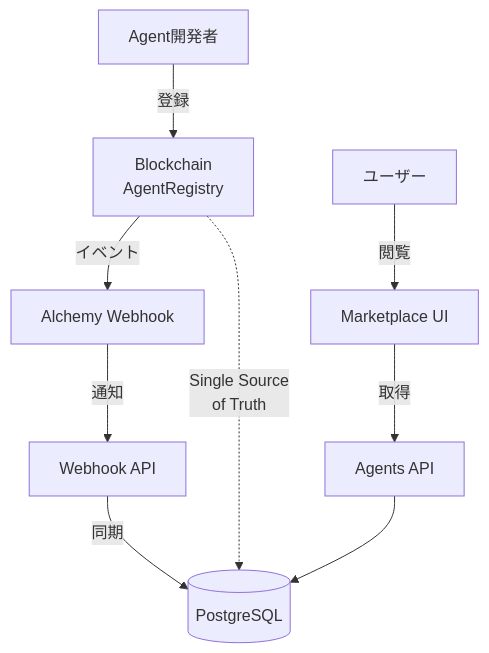
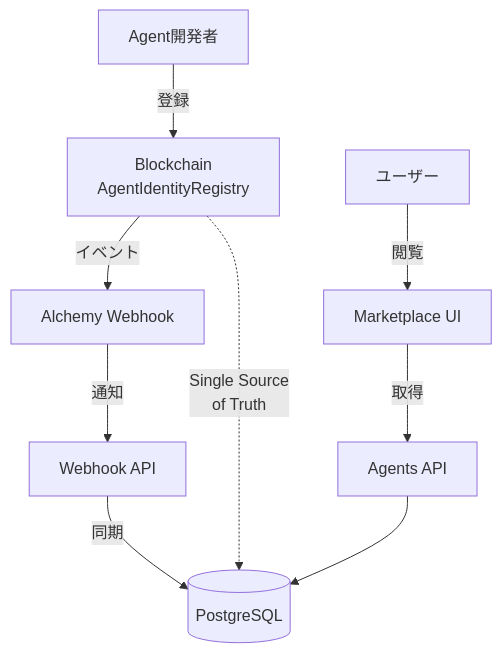
Before and after one commit to toryoto/UniAgent: the second of 2 diagrams in README.md, drawn with Mermaid. The commit also changed other lines of this file and 4 other files, not shown here.

Commit message:
feat(contracts): add EAS agent evaluation schema registration script

````diff
--- a/README.md
+++ b/README.md
@@ -154,14 +154,14 @@
 ```mermaid
 graph TB
-    Developer[Agent開発者] -->|登録| BC[Blockchain<br/>AgentRegistry]
+    Developer[Agent開発者] -->|登録| BC[Blockchain<br/>AgentIdentityRegistry]
 
     BC -->|イベント| Alchemy[Alchemy Webhook]
     Alchemy -->|通知| Webhook[Webhook API]
     Webhook -->|同期| DB[(PostgreSQL)]
 
     User[ユーザー] -->|閲覧| UI[Marketplace UI]
     UI -->|取得| API[Agents API]
     API --> DB
 
     BC -.->|Single Source<br/>of Truth| DB
 ```
````
